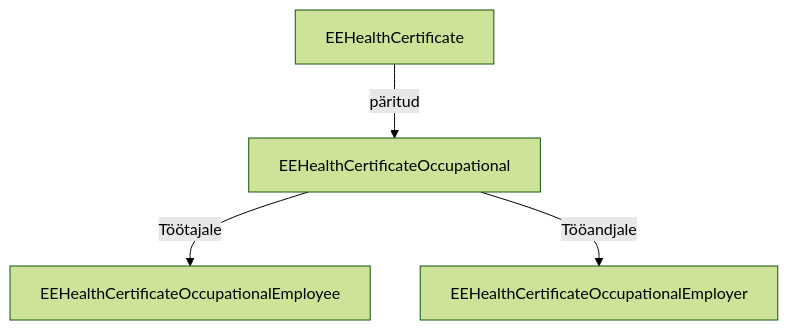
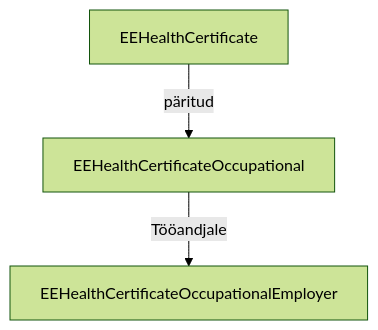
The diagram in input/pagecontent/profiles.md (xlammer/ig-ee-hcert), drawn with Mermaid (forest theme) before and after one commit. The commit also changed other lines of this file and 5 other files, not shown here.

````diff
--- a/input/pagecontent/profiles.md
+++ b/input/pagecontent/profiles.md
@@ -13,6 +13,5 @@
 ```mermaid
 graph TD
     EEHealthCertificate -->|päritud| EEHealthCertificateOccupational
-    EEHealthCertificateOccupational -->|Töötajale| EEHealthCertificateOccupationalEmployee
     EEHealthCertificateOccupational -->|Tööandjale| EEHealthCertificateOccupationalEmployer
 ```
````
